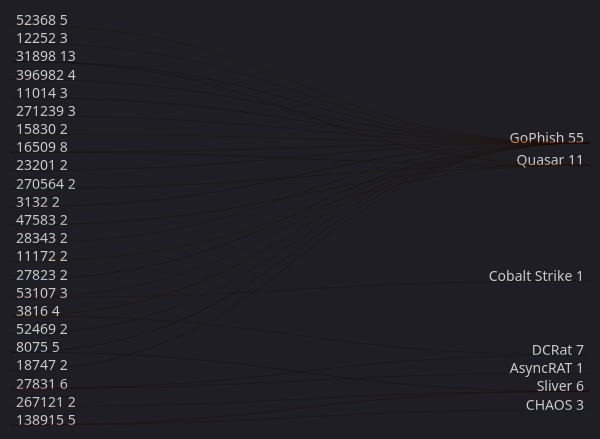
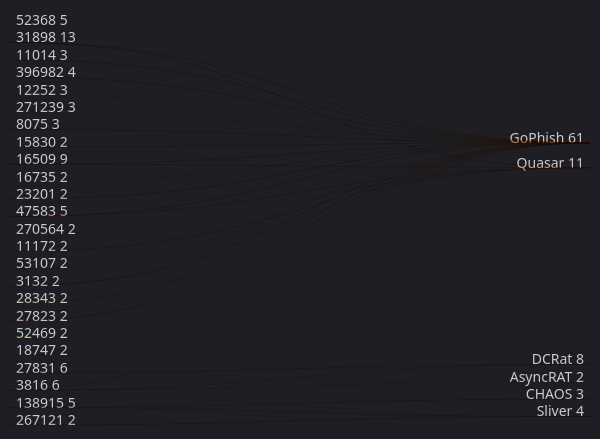
One commit to ZoqueLabs/website changed the sixth of 8 diagrams in zolim.md. Above: the diagram before and after it, drawn with Mermaid. The commit also changed other lines of this file, not shown here.

````diff
--- a/zolim.md
+++ b/zolim.md
@@ -154,38 +154,38 @@
 ```mermaid
 ---
 config:
   theme: dark
 ---
 %% ASN → Threat (top)
 sankey-beta
   31898,GoPhish,11
-  27831,DCRat,5
-  16509,GoPhish,5
+  27831,DCRat,6
+  16509,GoPhish,6
   52368,GoPhish,5
   396982,GoPhish,4
   12252,GoPhish,3
   11014,GoPhish,3
   271239,GoPhish,3
   8075,GoPhish,3
   16509,Quasar,3
+  47583,GoPhish,3
   138915,CHAOS,3
   270564,Quasar,2
   15830,GoPhish,2
+  16735,GoPhish,2
   23201,GoPhish,2
   53107,GoPhish,2
   3132,GoPhish,2
   28343,GoPhish,2
   27823,GoPhish,2
   3816,GoPhish,2
   138915,Sliver,2
   52469,GoPhish,2
   47583,Quasar,2
   11172,Quasar,2
   31898,Quasar,2
   3816,DCRat,2
   18747,GoPhish,2
   267121,Sliver,2
-  8075,Sliver,2
-  53107,Cobalt Strike,1
-  27831,AsyncRAT,1
+  3816,AsyncRAT,2
 ```
````
